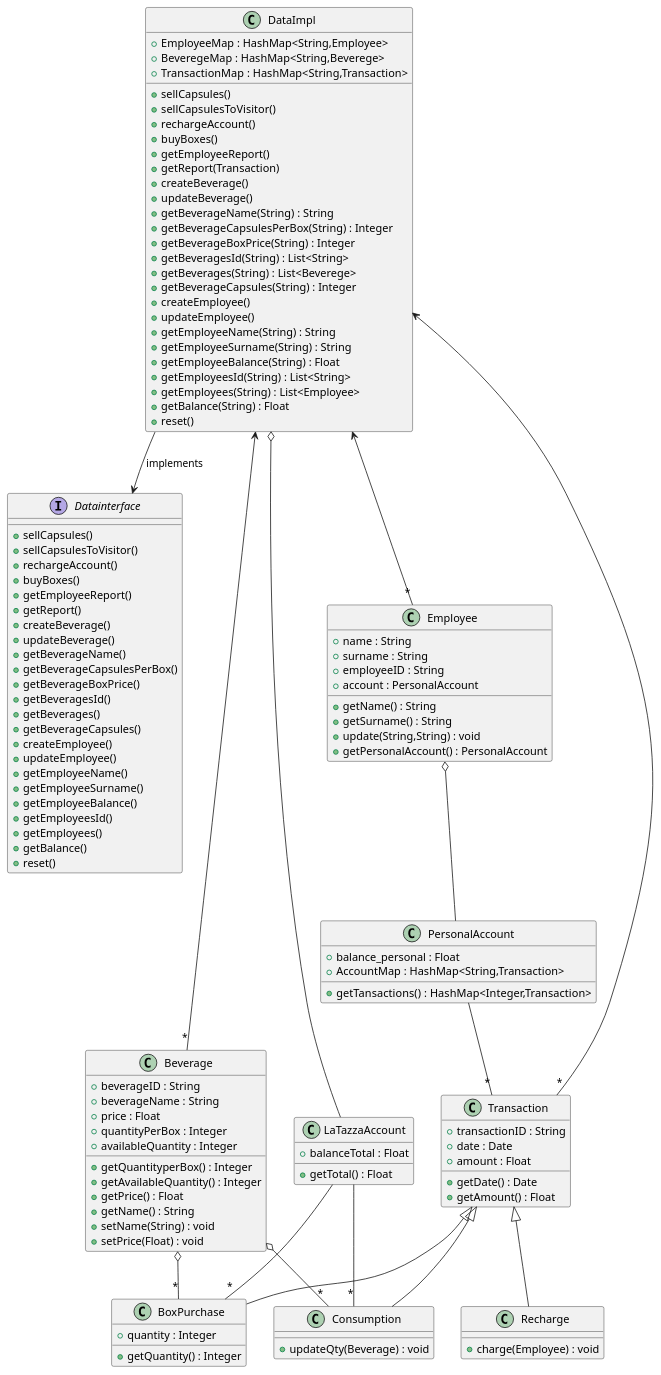
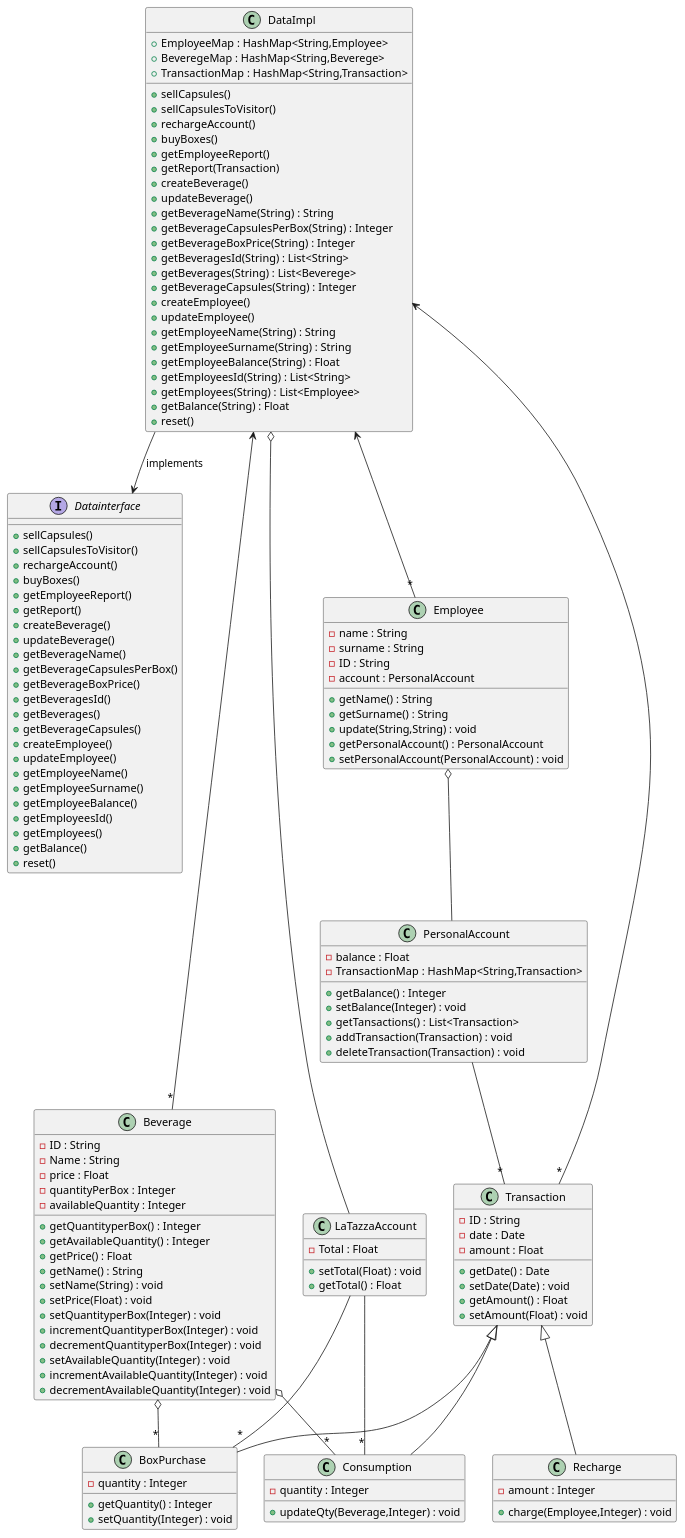
Before and after one commit to salvatore-dimartino/LaTazza: the third of 7 diagrams in templates/DesignDocumentTemplate.md, drawn with PlantUML.

```diff
--- a/templates/DesignDocumentTemplate.md
+++ b/templates/DesignDocumentTemplate.md
@@ -135,36 +135,42 @@
 DataImpl --> Datainterface: implements
 
 class PersonalAccount {
-    +balance_personal : Float
-    +AccountMap : HashMap<String,Transaction>
+    -balance : Float
+    -TransactionMap : HashMap<String,Transaction>
     
-    +getTansactions() : HashMap<Integer,Transaction>
+    +getBalance() : Integer
+    +setBalance(Integer) : void
+    +getTansactions() : List<Transaction>
+    +addTransaction(Transaction) : void
+    +deleteTransaction(Transaction) : void
 }
 
 class LaTazzaAccount {
-    +balanceTotal : Float
+    -Total : Float
     
+    +setTotal(Float) : void
     +getTotal() : Float
 }
 
 class Employee {
-    +name : String
-    +surname : String
-    +employeeID : String
-    +account : PersonalAccount
+    -name : String
+    -surname : String
+    -ID : String
+    -account : PersonalAccount
     
     +getName() : String
     +getSurname() : String
     +update(String,String) : void
     +getPersonalAccount() : PersonalAccount
+    +setPersonalAccount(PersonalAccount) : void
 }
 
 class Beverage {
-    +beverageID : String
-    +beverageName : String
-    +price : Float
-    +quantityPerBox : Integer
-    +availableQuantity : Integer
+    -ID : String
+    -Name : String
+    -price : Float
+    -quantityPerBox : Integer
+    -availableQuantity : Integer
     
     +getQuantityperBox() : Integer
     +getAvailableQuantity() : Integer
@@ -172,21 +178,30 @@
     +getName() : String
     +setName(String) : void
     +setPrice(Float) : void
+    +setQuantityperBox(Integer) : void
+    +incrementQuantityperBox(Integer) : void
+    +decrementQuantityperBox(Integer) : void
+    +setAvailableQuantity(Integer) : void
+    +incrementAvailableQuantity(Integer) : void
+    +decrementAvailableQuantity(Integer) : void
 }
 
 class BoxPurchase {
-    +quantity : Integer
+    -quantity : Integer
     
     +getQuantity() : Integer
+    +setQuantity(Integer) : void
 }
 
 class Transaction {
-    +transactionID : String
-    +date : Date
-    +amount : Float
+    -ID : String
+    -date : Date
+    -amount : Float
 
     +getDate() : Date
+    +setDate(Date) : void
     +getAmount() : Float
+    +setAmount(Float) : void
 }
 
 DataImpl <-- "*" Employee
@@ -209,10 +224,14 @@
 Transaction "*" --> DataImpl
 
 class Recharge {
-    +charge(Employee) : void
+    -amount : Integer
+
+    +charge(Employee,Integer) : void
 }
 class Consumption {
-    +updateQty(Beverage) : void
+    -quantity : Integer
+    
+    +updateQty(Beverage,Integer) : void
 }
 
 
```
